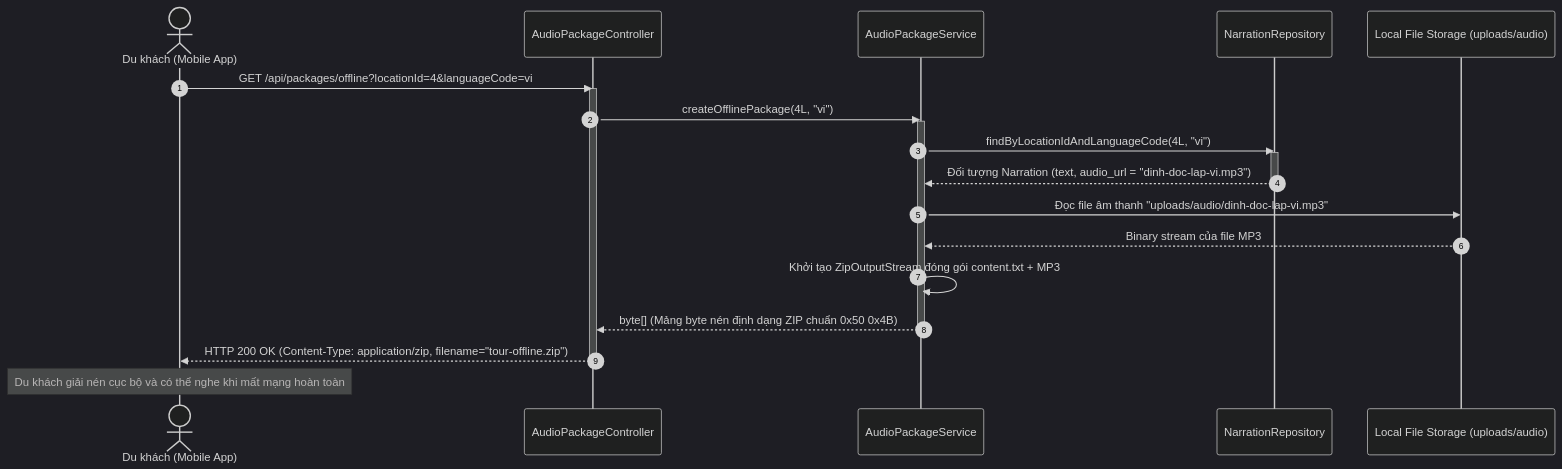
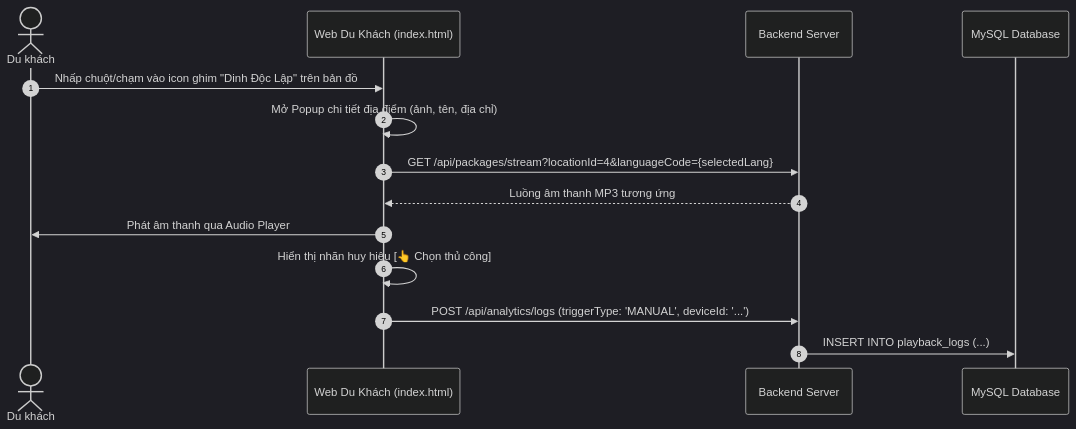
Before and after one commit to HuynhQuang16032006/Multi_Languages_Automatic_Translation: the fifth of 8 diagrams in docs/USE_CASES.md, drawn with Mermaid (dark theme). The commit also changed other lines of this file and 4 other files, not shown here.

````diff
--- a/docs/USE_CASES.md
+++ b/docs/USE_CASES.md
@@ -306,26 +216,17 @@
 ```mermaid
 sequenceDiagram
     autonumber
-    actor Tourist as Du khách (Mobile App)
-    participant APC as AudioPackageController
-    participant APS as AudioPackageService
-    participant NR as NarrationRepository
-    participant FS as Local File Storage (uploads/audio)
+    actor T as Du khách
+    participant UI as Web Du Khách (index.html)
+    participant SVR as Backend Server
+    participant DB as MySQL Database
 
-    Tourist->>APC: GET /api/packages/offline?locationId=4&languageCode=vi
-    activate APC
-    APC->>APS: createOfflinePackage(4L, "vi")
-    activate APS
-    APS->>NR: findByLocationIdAndLanguageCode(4L, "vi")
-    activate NR
-    NR-->>APS: Đối tượng Narration (text, audio_url = "dinh-doc-lap-vi.mp3")
-    deactivate NR
-    APS->>FS: Đọc file âm thanh "uploads/audio/dinh-doc-lap-vi.mp3"
-    FS-->>APS: Binary stream của file MP3
-    APS->>APS: Khởi tạo ZipOutputStream đóng gói content.txt + MP3
-    APS-->>APC: byte[] (Mảng byte nén định dạng ZIP chuẩn 0x50 0x4B)
-    deactivate APS
-    APC-->>Tourist: HTTP 200 OK (Content-Type: application/zip, filename="tour-offline.zip")
-    deactivate APC
-    Note over Tourist: Du khách giải nén cục bộ và có thể nghe khi mất mạng hoàn toàn
+    T->>UI: Nhấp chuột/chạm vào icon ghim "Dinh Độc Lập" trên bản đồ
+    UI->>UI: Mở Popup chi tiết địa điểm (ảnh, tên, địa chỉ)
+    UI->>SVR: GET /api/packages/stream?locationId=4&languageCode={selectedLang}
+    SVR-->>UI: Luồng âm thanh MP3 tương ứng
+    UI->>T: Phát âm thanh qua Audio Player
+    UI->>UI: Hiển thị nhãn huy hiệu [👆 Chọn thủ công]
+    UI->>SVR: POST /api/analytics/logs (triggerType: 'MANUAL', deviceId: '...')
+    SVR->>DB: INSERT INTO playback_logs (...)
 ```
````
